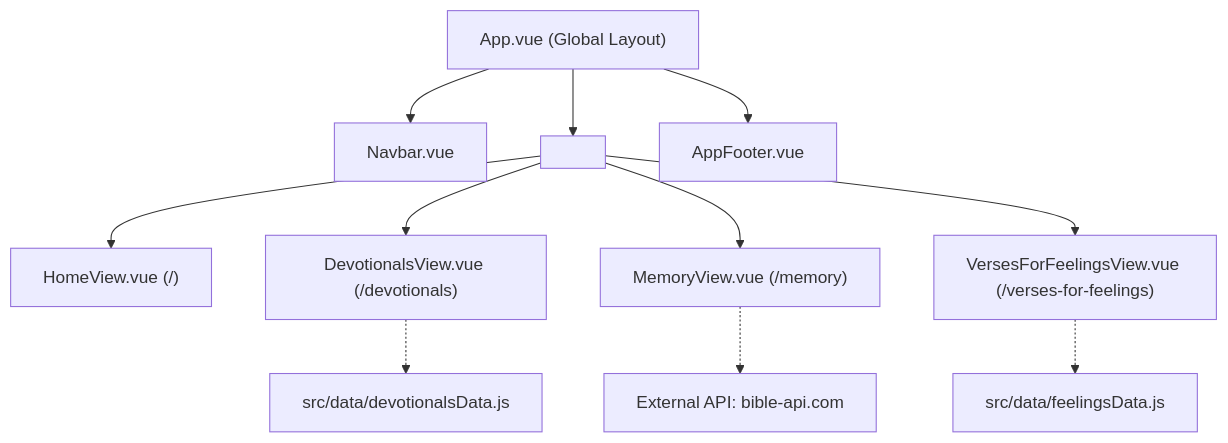
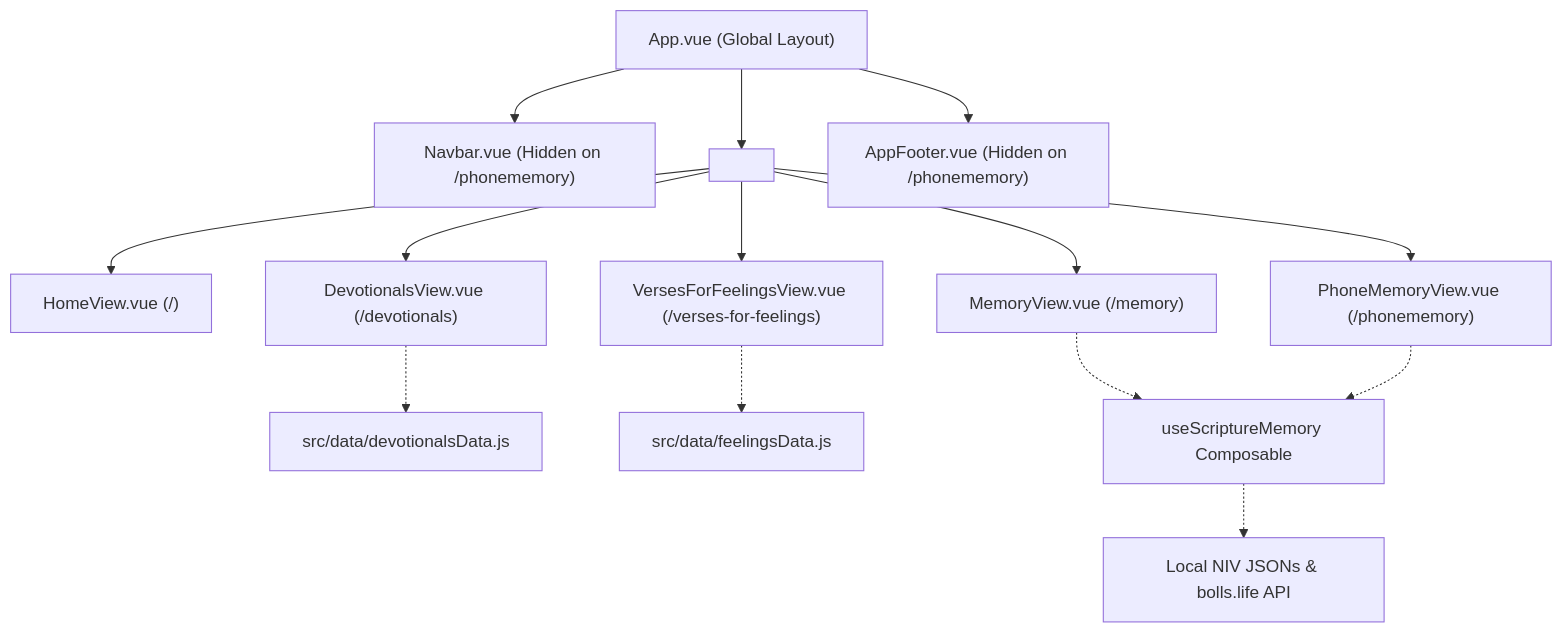
One commit to haftel/bible-station changed the diagram in spec.md. Above: the diagram before and after it, drawn with Mermaid. The commit also changed other lines of this file and 5 other files, not shown here.

Commit message:
feat: add phone-optimized scripture memory web app at /phonememory

````diff
--- a/spec.md
+++ b/spec.md
@@ -11,16 +11,19 @@
 ```mermaid
 graph TD
     App["App.vue (Global Layout)"]
-    App --> Nav["Navbar.vue"]
+    App --> Nav["Navbar.vue (Hidden on /phonememory)"]
     App --> RouterView["<router-view />"]
-    App --> Footer["AppFooter.vue"]
+    App --> Footer["AppFooter.vue (Hidden on /phonememory)"]
     
     RouterView --> Home["HomeView.vue (/)"]
     RouterView --> Devotionals["DevotionalsView.vue (/devotionals)"]
     RouterView --> Memory["MemoryView.vue (/memory)"]
+    RouterView --> PhoneMemory["PhoneMemoryView.vue (/phonememory)"]
     RouterView --> Feelings["VersesForFeelingsView.vue (/verses-for-feelings)"]
     
     Devotionals -.-> DevData["src/data/devotionalsData.js"]
     Feelings -.-> FeelData["src/data/feelingsData.js"]
-    Memory -.-> BibleAPI["External API: bible-api.com"]
+    Memory -.-> MemoryEngine["useScriptureMemory Composable"]
+    PhoneMemory -.-> MemoryEngine
+    MemoryEngine -.-> BibleAPI["Local NIV JSONs & bolls.life API"]
 ```
````
